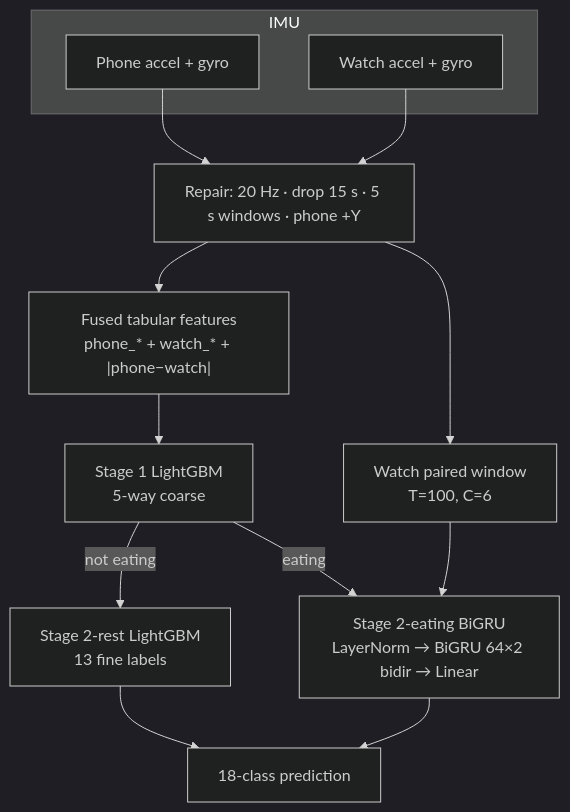
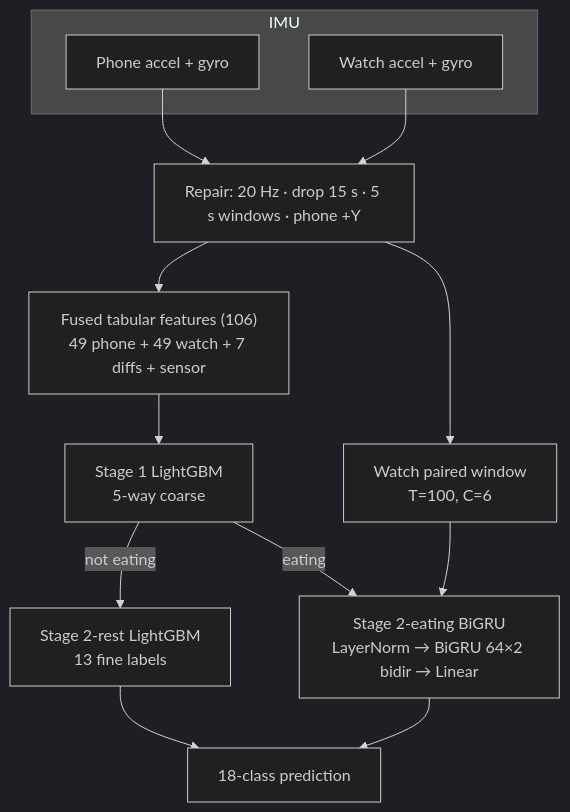
Before and after one commit to tomhait/infinitylabs: the diagram in projects/phone_watch_project/README.md, drawn with Mermaid (dark theme). The commit also changed other lines of this file, not shown here.

````diff
--- a/projects/phone_watch_project/README.md
+++ b/projects/phone_watch_project/README.md
@@ -67,21 +70,21 @@
 ```mermaid
 flowchart TB
   subgraph inputs [IMU]
     P[Phone accel + gyro]
     W[Watch accel + gyro]
   end
   R[Repair: 20 Hz · drop 15 s · 5 s windows · phone +Y]
   P --> R
   W --> R
-  F["Fused tabular features<br/>phone_* + watch_* + |phone−watch|"]
+  F["Fused tabular features (106)<br/>49 phone + 49 watch + 7 diffs + sensor"]
   RW["Watch paired window<br/>T=100, C=6"]
   R --> F
   R --> RW
   S1["Stage 1 LightGBM<br/>5-way coarse"]
   F --> S1
   S1 -->|not eating| S2R["Stage 2-rest LightGBM<br/>13 fine labels"]
   S1 -->|eating| S2E["Stage 2-eating BiGRU<br/>LayerNorm → BiGRU 64×2 bidir → Linear"]
   RW --> S2E
   S2R --> OUT[18-class prediction]
   S2E --> OUT
 ```
````
